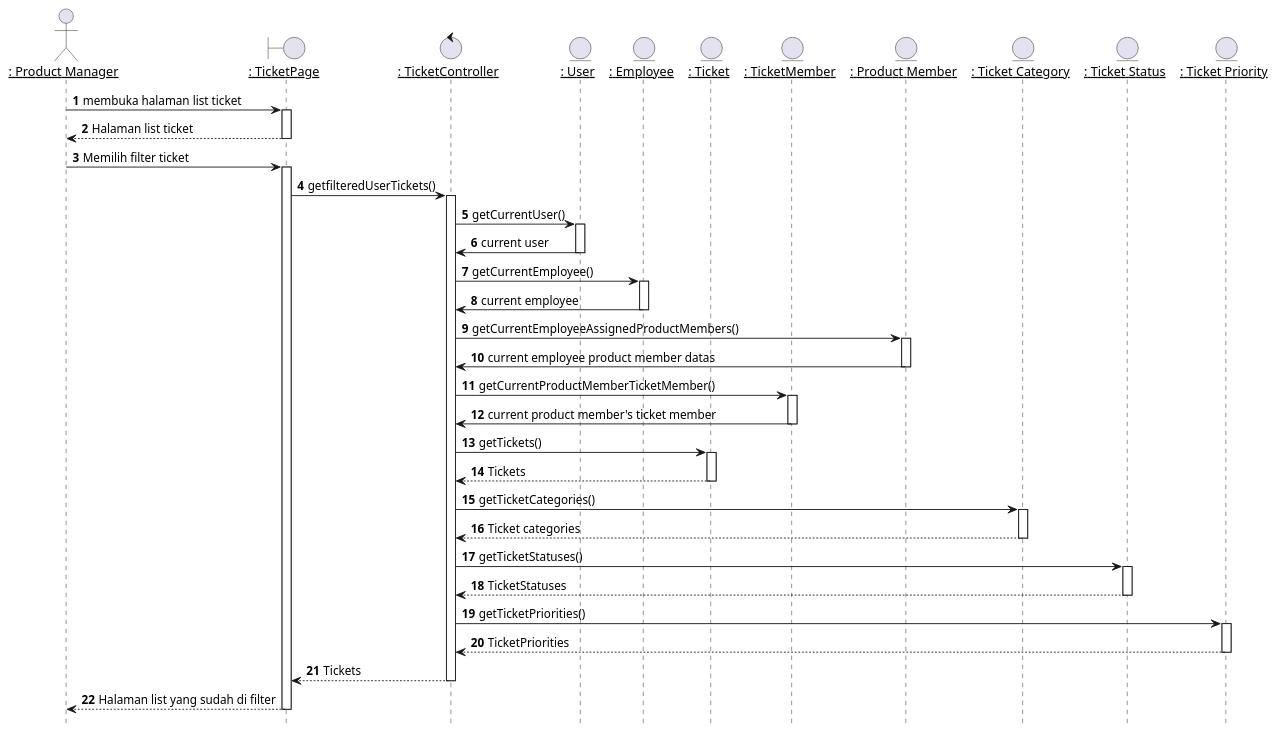
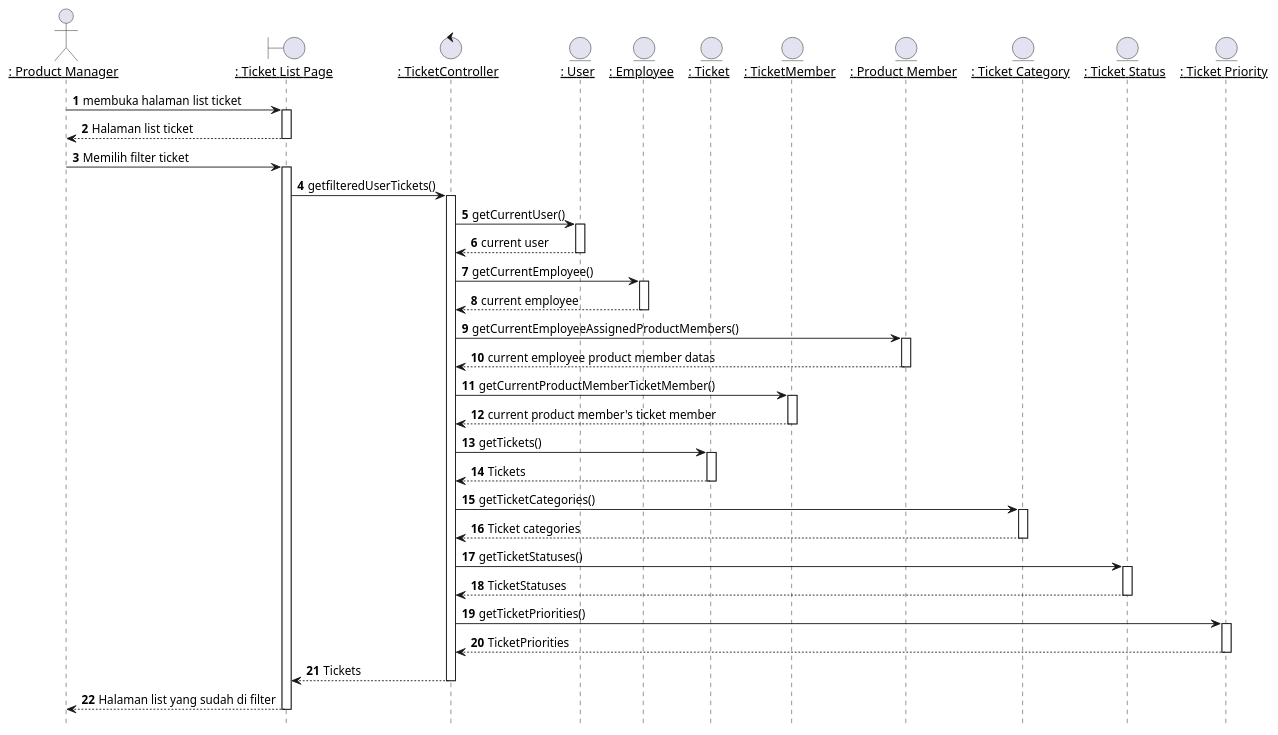
The diagram in plantuml/sequence/ipm/ipm2.puml (TAS-PKL/Laporan-PKL-Ticketing), drawn with PlantUML before and after one commit. The commit also changed 47 other files, not shown here.

```diff
--- a/plantuml/sequence/ipm/ipm2.puml
+++ b/plantuml/sequence/ipm/ipm2.puml
@@ -1,91 +1,91 @@
 @startuml Memfilter List Ticket
 
 hide footbox
 
 
 actor IPM as "__: Product Manager__"
-boundary TicketPage as "__: TicketPage__"
+boundary TicketPage as "__: Ticket List Page__"
 control TicketController as "__: TicketController__"
 entity Users as "__: User__"
 entity Employees as "__: Employee__"
 entity Ticket as "__: Ticket__"
 entity TicketMember as "__: TicketMember__"
 entity ProductMembers as "__: Product Member__"
 ' entity ProductMemberRoles as "__: Product Member Roles__"
 entity TicketCategories as "__: Ticket Category__"
 entity TicketStatuses as "__: Ticket Status__"
 entity TicketPriorities as "__: Ticket Priority__"
 ' entityProductas "__: Products__"
 ' entity Companies as "__: Companies__"
 
 autonumber 1
 IPM -> TicketPage: membuka halaman list ticket
 activate TicketPage
 
 TicketPage --> IPM : Halaman list ticket
 deactivate TicketPage
 
 IPM -> TicketPage: Memilih filter ticket
 activate TicketPage
 
 TicketPage -> TicketController: getfilteredUserTickets()
 activate TicketController
 
 TicketController -> Users: getCurrentUser()
 activate Users
 
-Users -> TicketController: current user
+Users --> TicketController: current user
 deactivate Users
 
 TicketController -> Employees: getCurrentEmployee()
 activate Employees
 
-Employees -> TicketController: current employee
+Employees --> TicketController: current employee
 deactivate Employees
 
 TicketController -> ProductMembers: getCurrentEmployeeAssignedProductMembers()
 activate ProductMembers
 
-ProductMembers -> TicketController: current employee product member datas
+ProductMembers --> TicketController: current employee product member datas
 deactivate ProductMembers
 
 TicketController -> TicketMember: getCurrentProductMemberTicketMember()
 activate TicketMember
 
-TicketMember -> TicketController: current product member's ticket member
+TicketMember --> TicketController: current product member's ticket member
 deactivate TicketMember
 
 TicketController -> Ticket: getTickets()
 activate Ticket
 
 Ticket --> TicketController : Tickets
 deactivate Ticket
 
 TicketController -> TicketCategories: getTicketCategories()
 activate TicketCategories
 
 TicketCategories --> TicketController : Ticket categories
 deactivate TicketCategories
 
 TicketController -> TicketStatuses: getTicketStatuses()
 activate TicketStatuses
 
 TicketStatuses --> TicketController : TicketStatuses
 deactivate TicketStatuses
 
 TicketController -> TicketPriorities: getTicketPriorities()
 activate TicketPriorities
 
 TicketPriorities --> TicketController : TicketPriorities
 deactivate TicketPriorities
 
 ' TicketController -> TicketController : resolveRelation()
 
 TicketController --> TicketPage : Tickets
 deactivate TicketController
 
 TicketPage --> IPM : Halaman list yang sudah di filter
 deactivate TicketPage
 
 
 @enduml
```
